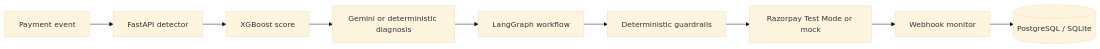
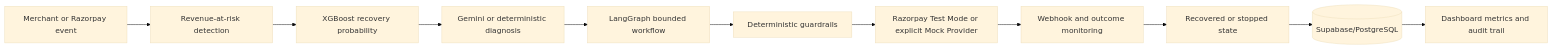
The diagram in README.md (Samiabdus786/RecoverIQ), drawn with Mermaid (base theme) before and after one commit. The commit also changed other lines of this file and 9 other files, not shown here.

Commit message:
Update RecoverIQ documentation for final architecture

````diff
--- a/README.md
+++ b/README.md
@@ -24,11 +24,13 @@
 ```mermaid
 flowchart LR
-    A[Payment event] --> B[FastAPI detector]
-    B --> C[XGBoost score]
+    A[Merchant or Razorpay event] --> B[Revenue-at-risk detection]
+    B --> C[XGBoost recovery probability]
     C --> D[Gemini or deterministic diagnosis]
-    D --> E[LangGraph workflow]
+    D --> E[LangGraph bounded workflow]
     E --> F[Deterministic guardrails]
-    F --> G[Razorpay Test Mode or mock]
-    G --> H[Webhook monitor]
-    H --> I[(PostgreSQL / SQLite)]
+    F --> G[Razorpay Test Mode or explicit Mock Provider]
+    G --> H[Webhook and outcome monitoring]
+    H --> I[Recovered or stopped state]
+    I --> J[(Supabase/PostgreSQL)]
+    J --> K[Dashboard metrics and audit trail]
 ```
````
